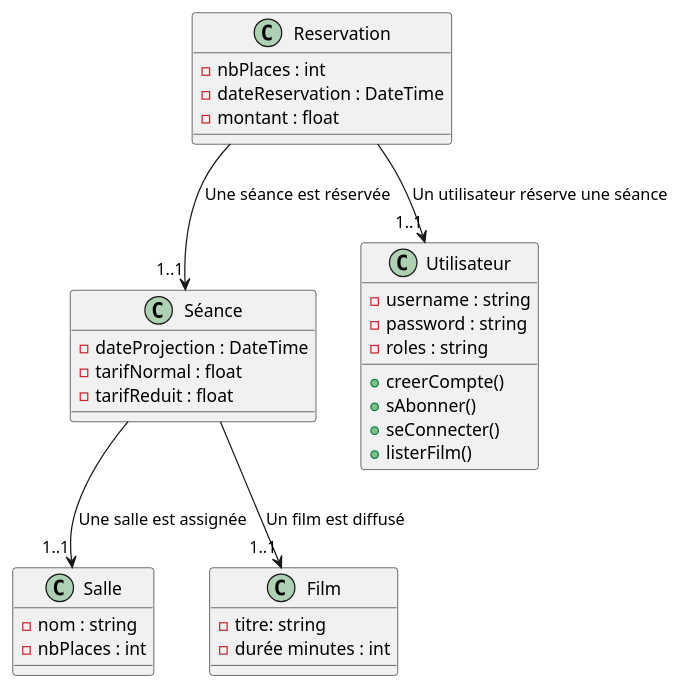
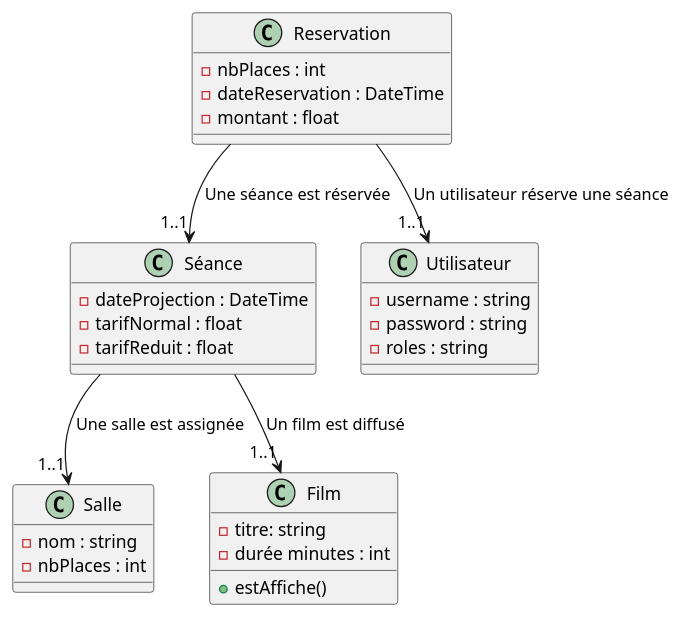
The diagram in documentation/diagrammeClass.puml (mutulus/api-bts-projet), drawn with PlantUML before and after one commit. The commit also changed 1 other file, not shown here.

Commit message:
diagramme fini

```diff
--- a/documentation/diagrammeClass.puml
+++ b/documentation/diagrammeClass.puml
@@ -1,41 +1,38 @@
 @startuml
 'https://plantuml.com/sequence-diagram
 Class Salle{
    -nom : string
    -nbPlaces : int
 }
 Class Séance{
     -dateProjection : DateTime
     -tarifNormal : float
     -tarifReduit : float
 }
 Class Film{
     -titre: string
     -durée minutes : int
+    +estAffiche()
 }
 
 Class Utilisateur{
     -username : string
     -password : string
     -roles : string
-    +creerCompte()
-    +sAbonner()
-    +seConnecter()
-    +listerFilm()
 }
 
 Class Reservation{
     -nbPlaces : int
     -dateReservation : DateTime
     -montant : float
 }
 
 
 
 Reservation --> "1..1" Utilisateur : Un utilisateur réserve une séance
 Reservation --> "1..1" Séance : Une séance est réservée
 Séance  --> "1..1" Film : Un film est diffusé
 Séance --> "1..1" Salle : Une salle est assignée
 
 
 @enduml
```
